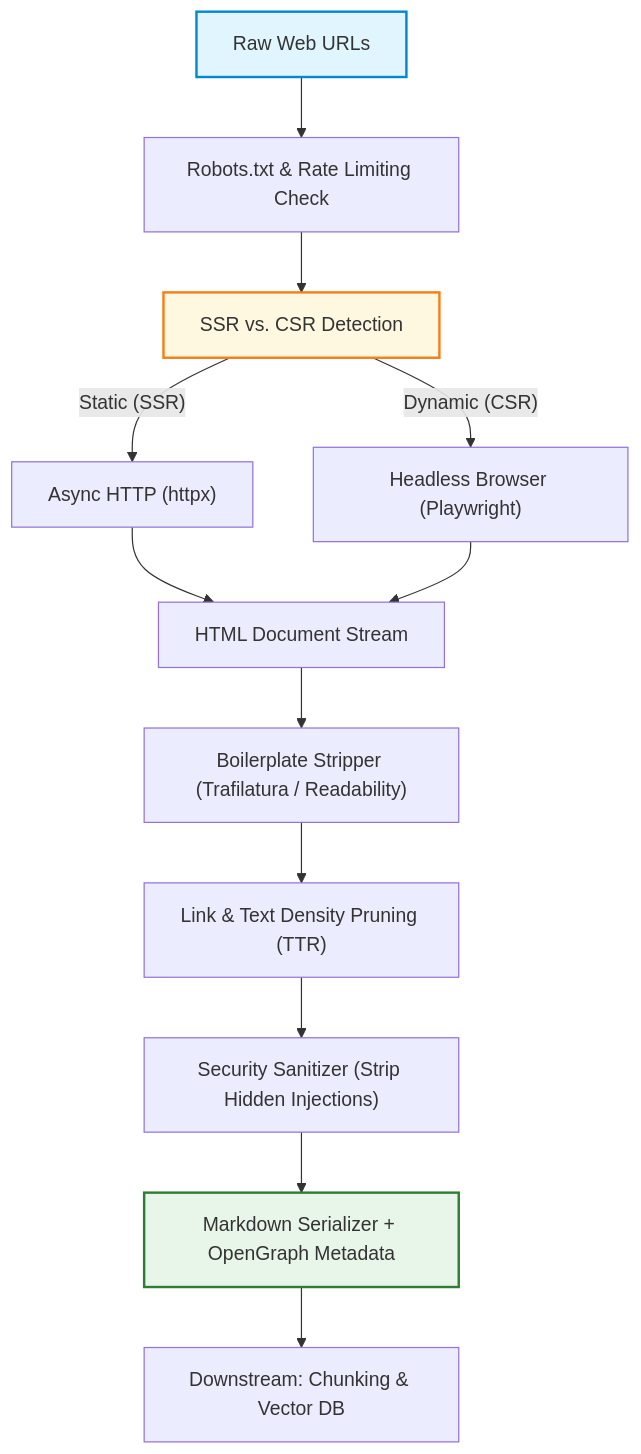
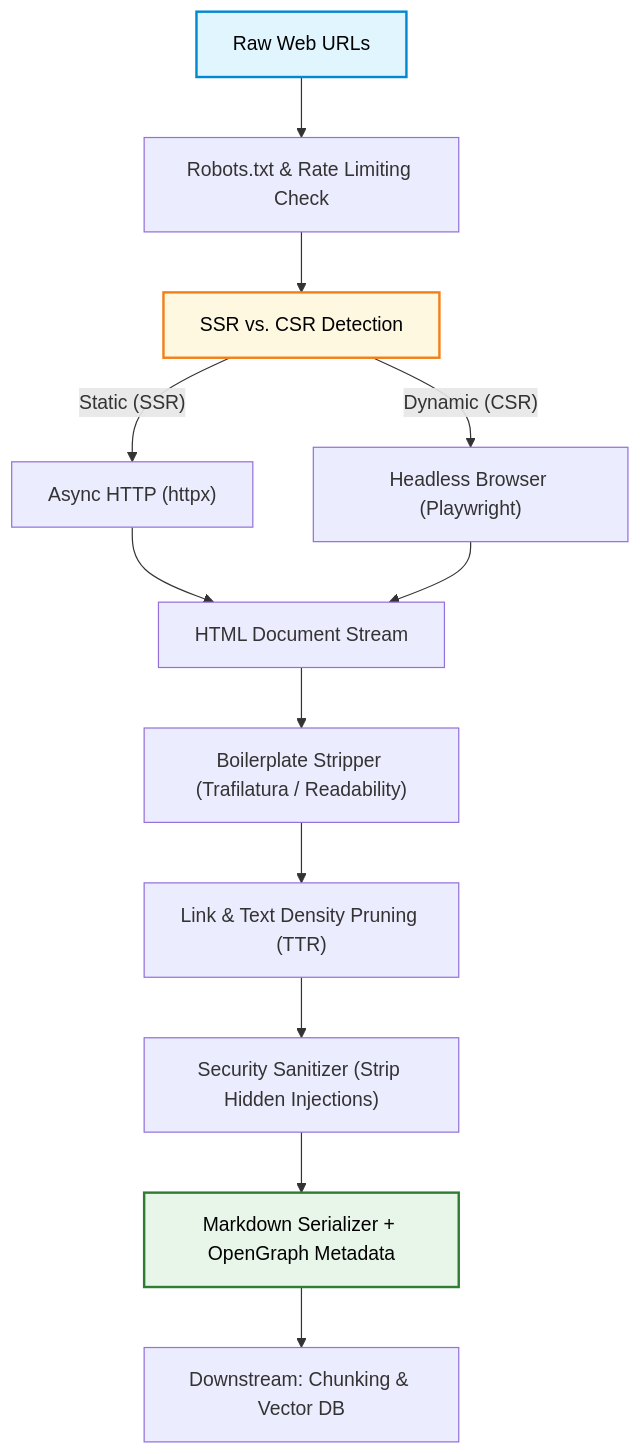
One commit to swapnil3104/RAG-Engineering changed the fourth of 4 diagrams in 02-Document-Processing/Web-Scraping.md. Above: the diagram before and after it, drawn with Mermaid. The commit also changed 108 other files, not shown here.

Commit message:
fix: make chart text visible across all Mermaid diagrams and resolve markdown table formatting issues

````diff
--- a/02-Document-Processing/Web-Scraping.md
+++ b/02-Document-Processing/Web-Scraping.md
@@ -495,18 +495,18 @@
 ```mermaid
 flowchart TD
     A["Raw Web URLs"] --> B["Robots.txt & Rate Limiting Check"]
     B --> C["SSR vs. CSR Detection"]
     C -- "Static (SSR)" --> D["Async HTTP (httpx)"]
     C -- "Dynamic (CSR)" --> E["Headless Browser (Playwright)"]
     D --> F["HTML Document Stream"]
     E --> F
     F --> G["Boilerplate Stripper (Trafilatura / Readability)"]
     G --> H["Link & Text Density Pruning (TTR)"]
     H --> I["Security Sanitizer (Strip Hidden Injections)"]
     I --> J["Markdown Serializer + OpenGraph Metadata"]
     J --> K["Downstream: Chunking & Vector DB"]
 
-    style A fill:#e1f5fe,stroke:#0288d1,stroke-width:2px
-    style C fill:#fff8e1,stroke:#f57f17,stroke-width:2px
-    style J fill:#e8f5e9,stroke:#2e7d32,stroke-width:2px
+    style A fill:#e1f5fe,stroke:#0288d1,stroke-width:2px,color:#000000
+    style C fill:#fff8e1,stroke:#f57f17,stroke-width:2px,color:#000000
+    style J fill:#e8f5e9,stroke:#2e7d32,stroke-width:2px,color:#000000
 ```
````
